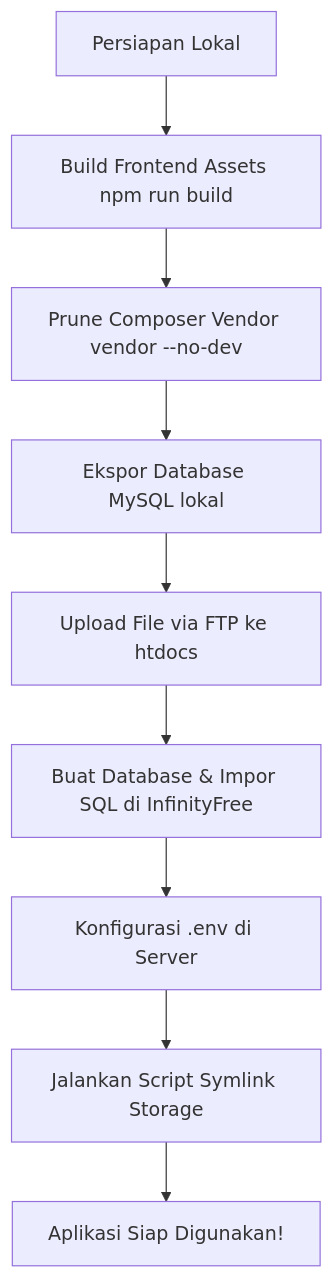
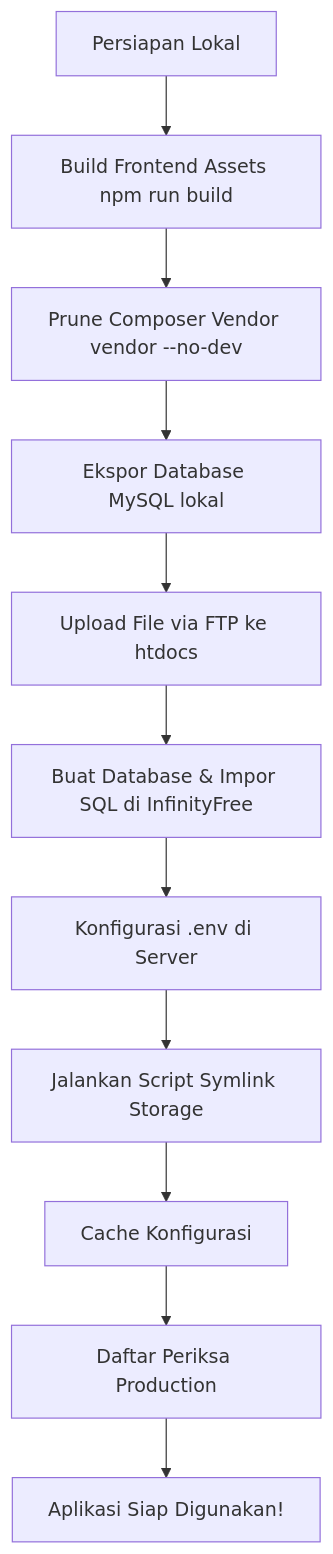
Before and after one commit to gilbertusk/pos-kasir: the diagram in docs/deploy-infinityfree.md, drawn with Mermaid. The commit also changed other lines of this file and 6 other files, not shown here.

First line of the commit message:
docs: daftar periksa production dan skrip deploy aman

````diff
--- a/docs/deploy-infinityfree.md
+++ b/docs/deploy-infinityfree.md
@@ -11,11 +11,13 @@
 ```mermaid
 graph TD
     A[Persiapan Lokal] --> B[Build Frontend Assets npm run build]
     B --> C[Prune Composer Vendor vendor --no-dev]
     C --> D[Ekspor Database MySQL lokal]
     D --> E[Upload File via FTP ke htdocs]
     E --> F[Buat Database & Impor SQL di InfinityFree]
     F --> G[Konfigurasi .env di Server]
     G --> H[Jalankan Script Symlink Storage]
-    H --> I[Aplikasi Siap Digunakan!]
+    H --> I[Cache Konfigurasi]
+    I --> J[Daftar Periksa Production]
+    J --> K[Aplikasi Siap Digunakan!]
 ```
````
